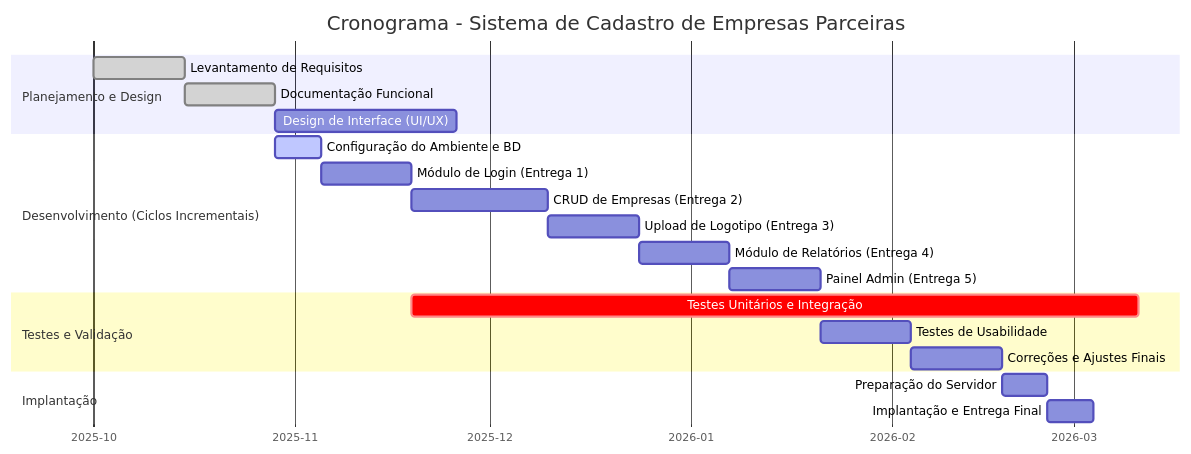
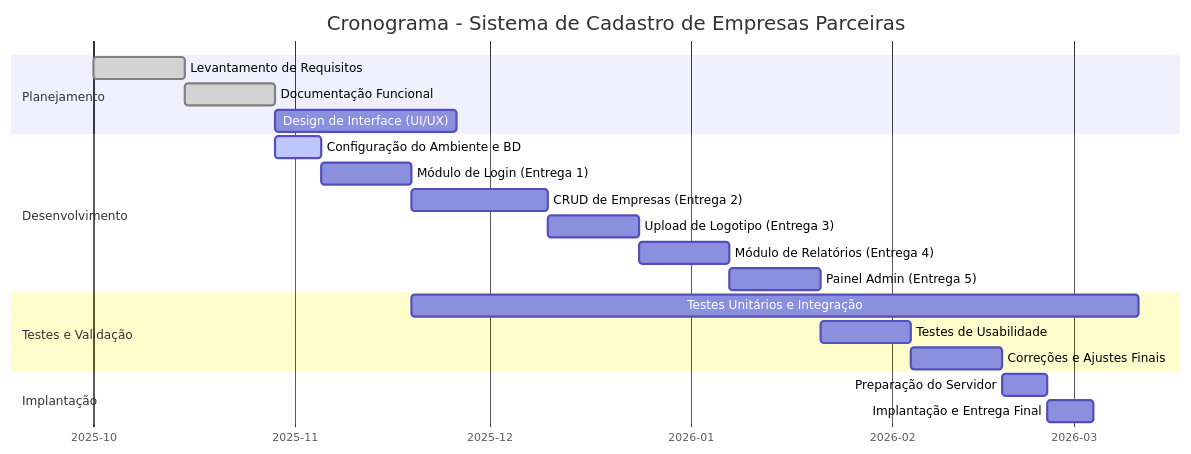
One commit to larissatoyohashi/grafico-gantt changed the sixth of 6 diagrams in README.md. Above: the diagram before and after it, drawn with Mermaid.

````diff
--- a/README.md
+++ b/README.md
@@ -109,31 +109,28 @@
 ```mermaid
 gantt
     title Cronograma - Sistema de Cadastro de Empresas Parceiras
     dateFormat  YYYY-MM-DD
     axisFormat  %Y-%m
     
-    %% Define a data de início do projeto
-    %% Assumindo início em Outubro de 2025
-    
-    section Planejamento e Design
+    section Planejamento
     Levantamento de Requisitos :done, p1, 2025-10-01, 2w
     Documentação Funcional     :done, p2, after p1, 2w
     Design de Interface (UI/UX): p3, after p2, 4w
 
-    section Desenvolvimento (Ciclos Incrementais)
+    section Desenvolvimento
     Configuração do Ambiente e BD  :active, d1, after p2, 1w
     Módulo de Login (Entrega 1)    :d2, after d1, 2w
     CRUD de Empresas (Entrega 2)   :d3, after d2, 3w
     Upload de Logotipo (Entrega 3) :d4, after d3, 2w
     Módulo de Relatórios (Entrega 4) :d5, after d4, 2w
     Painel Admin (Entrega 5)     :d6, after d5, 2w
 
     section Testes e Validação
-    Testes Unitários e Integração :crit, t1, after d2, 16w
+    Testes Unitários e Integração : t1, after d2, 16w
     Testes de Usabilidade         :t2, after d6, 2w
     Correções e Ajustes Finais    :t3, after t2, 2w
     
     section Implantação
     Preparação do Servidor      :f1, after t3, 1w
     Implantação e Entrega Final :f2, after f1, 1w
 ```
````
